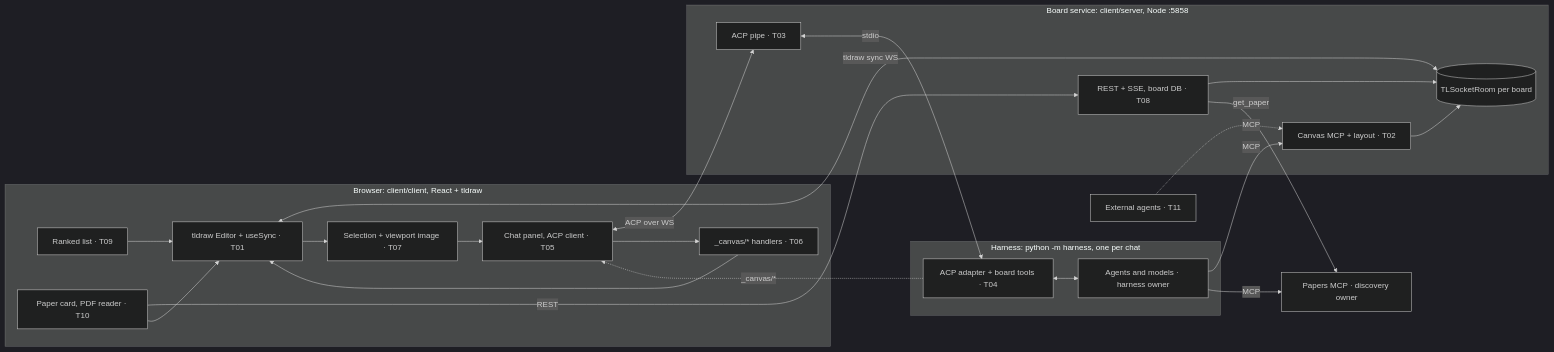
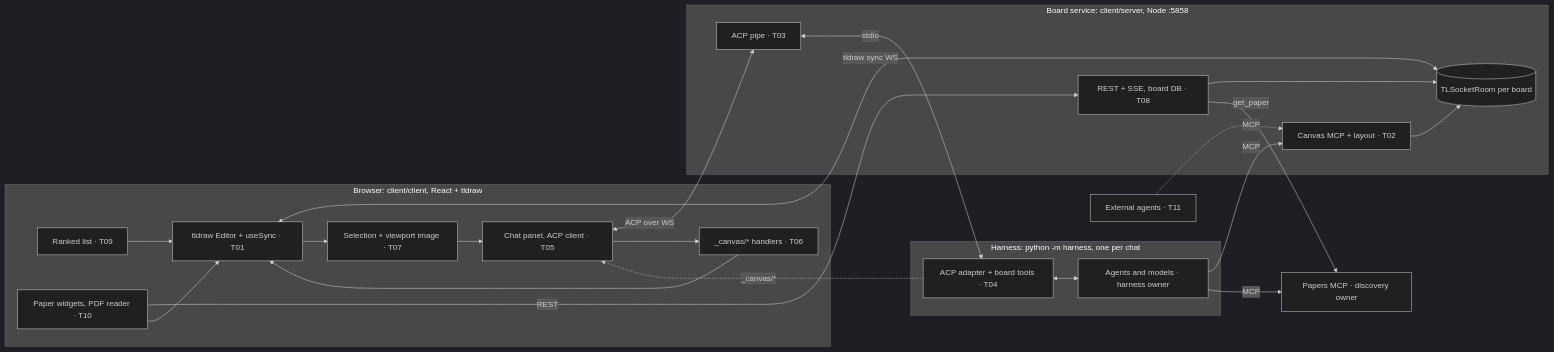
One commit to kmariuszk/nebius-hackathon changed the second of 3 diagrams in docs/wps/tldraw-integration/README.md. Above: the diagram before and after it, drawn with Mermaid (dark theme). The commit also changed other lines of this file and 15 other files, not shown here.

````diff
--- a/docs/wps/tldraw-integration/README.md
+++ b/docs/wps/tldraw-integration/README.md
@@ -146,40 +147,40 @@
 ```mermaid
 flowchart LR
   subgraph BR["Browser: client/client, React + tldraw"]
     ED["tldraw Editor + useSync · T01"]
     CP["Chat panel, ACP client · T05"]
     VA["_canvas/* handlers · T06"]
     CX["Selection + viewport image · T07"]
     RL["Ranked list · T09"]
-    OV["Paper card, PDF reader · T10"]
+    OV["Paper widgets, PDF reader · T10"]
   end
   subgraph BS["Board service: client/server, Node :5858"]
     SR[("TLSocketRoom per board")]
     MC["Canvas MCP + layout · T02"]
     PI["ACP pipe · T03"]
     RE["REST + SSE, board DB · T08"]
   end
   subgraph HA["Harness: python -m harness, one per chat"]
     AD["ACP adapter + board tools · T04"]
     AG["Agents and models · harness owner"]
   end
   PM["Papers MCP · discovery owner"]
   EA["External agents · T11"]
 
   ED <-->|"tldraw sync WS"| SR
   CP <-->|"ACP over WS"| PI
   PI <-->|"stdio"| AD
   AD <--> AG
   AG -->|"MCP"| MC
   AG -->|"MCP"| PM
   EA -.->|"MCP"| MC
   MC --> SR
   RE --> SR
   RE -->|"get_paper"| PM
   AD -.->|"_canvas/*"| CP
   CP --> VA --> ED
   ED --> CX --> CP
   RL --> ED
   OV -->|"REST"| RE
   OV --> ED
 ```
````
